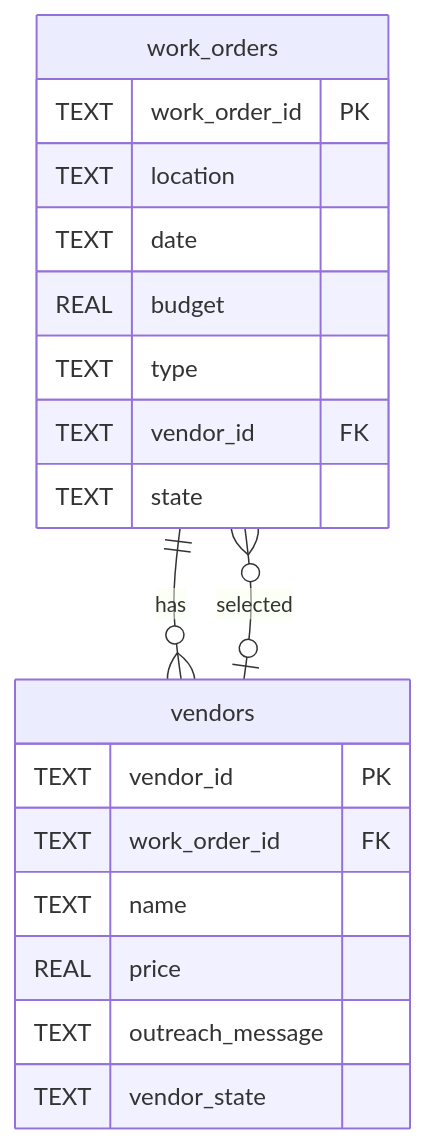
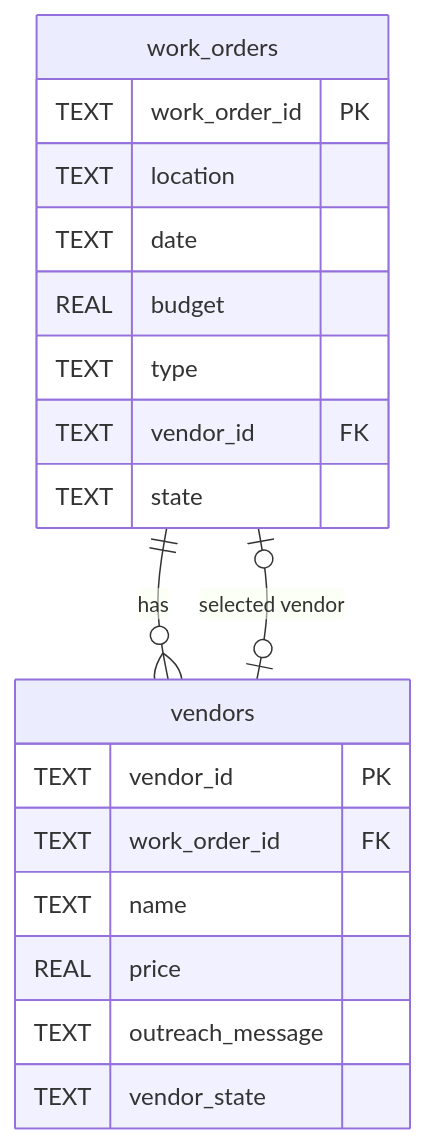
One commit to omavashia2005/tavi-assessment changed the first of 4 diagrams in backend/README.md. Above: the diagram before and after it, drawn with Mermaid.

Commit message:
updated db schema diagram

````diff
--- a/backend/README.md
+++ b/backend/README.md
@@ -30,22 +30,22 @@
 ```mermaid
 erDiagram
   work_orders {
     TEXT work_order_id PK
     TEXT location
     TEXT date
     REAL budget
     TEXT type
     TEXT vendor_id FK
     TEXT state
   }
   vendors {
     TEXT vendor_id PK
     TEXT work_order_id FK
     TEXT name
     REAL price
     TEXT outreach_message
     TEXT vendor_state
   }
   work_orders ||--o{ vendors : "has"
-  work_orders }o--o| vendors : "selected"
+  work_orders |o--o| vendors : "selected vendor"
 ```
````
